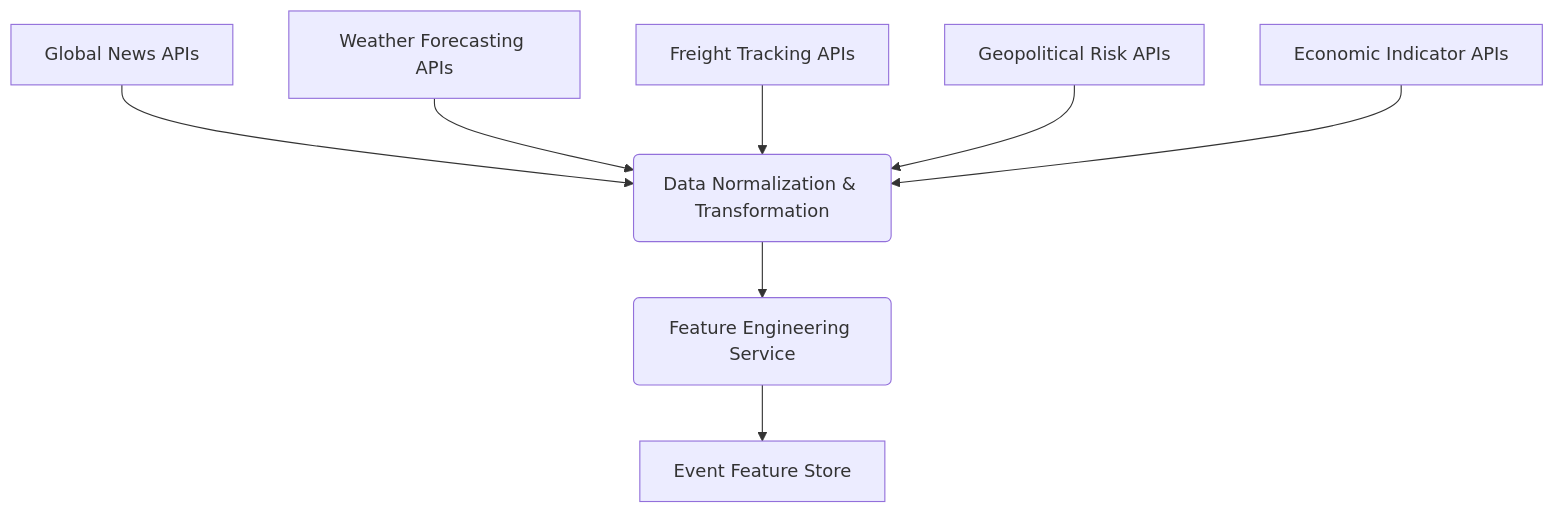
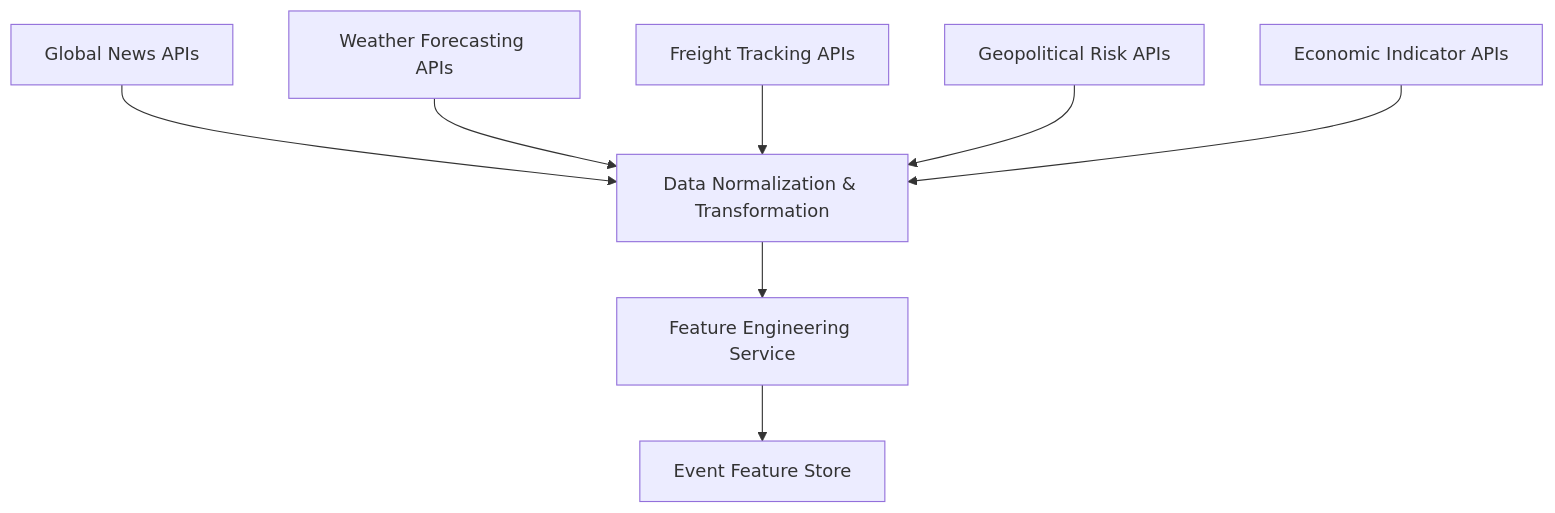
Before and after one commit to diplomat-bit/Citibank_Demo_Business_Inc_Demonstration-: the second of 3 diagrams in inventions/024_predictive_supply_chain_disruption.md, drawn with Mermaid. The commit also changed other lines of this file, not shown here.

````diff
--- a/inventions/024_predictive_supply_chain_disruption.md
+++ b/inventions/024_predictive_supply_chain_disruption.md
@@ -116,10 +114,10 @@
 ```mermaid
 graph TD
-    A[Global News APIs] --> F(Data Normalization & Transformation)
+    A[Global News APIs] --> F[Data Normalization & Transformation]
     B[Weather Forecasting APIs] --> F
     C[Freight Tracking APIs] --> F
     D[Geopolitical Risk APIs] --> F
     E[Economic Indicator APIs] --> F
-    F --> G(Feature Engineering Service)
+    F --> G[Feature Engineering Service]
     G --> H[Event Feature Store]
 ```
````
